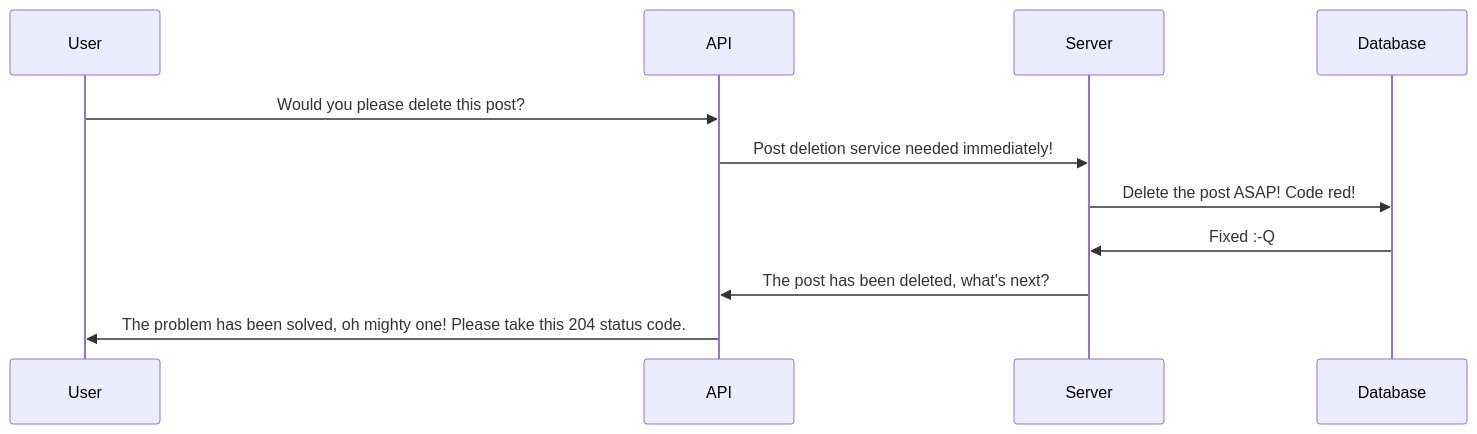
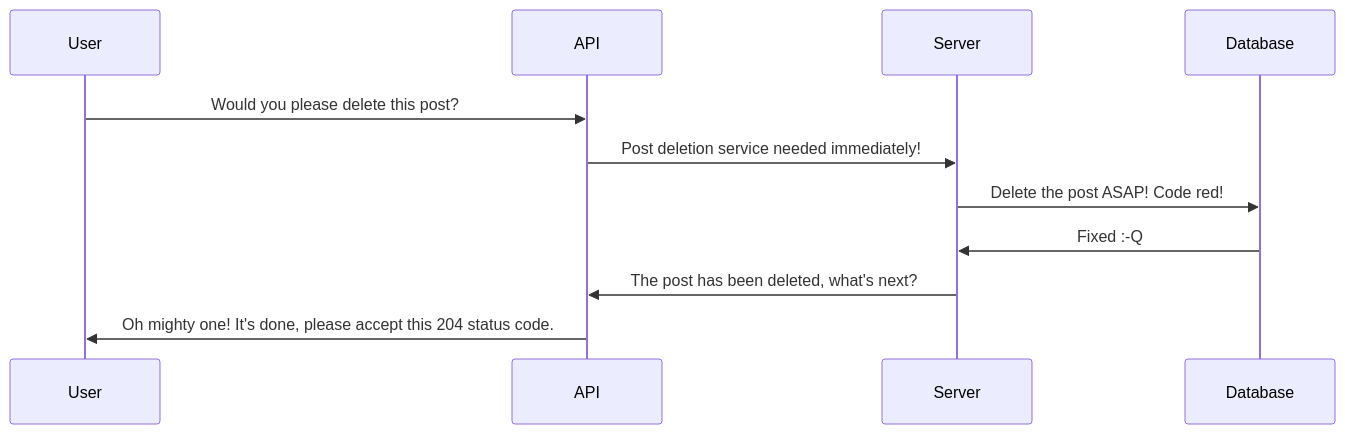
One commit to holohup/yatube_api_en changed the diagram in README.md. Above: the diagram before and after it, drawn with Mermaid. The commit also changed other lines of this file, not shown here.

````diff
--- a/README.md
+++ b/README.md
@@ -22,10 +29,10 @@
 ```mermaid
 
 sequenceDiagram
 User ->> API: Would you please delete this post?
 API ->> Server: Post deletion service needed immediately!
 Server ->> Database: Delete the post ASAP! Code red!
 Database ->> Server: Fixed :-Q
 Server ->> API: The post has been deleted, what's next?
-API ->> User: The problem has been solved, oh mighty one! Please take this 204 status code.
+API ->> User: Oh mighty one! It's done, please accept this 204 status code.
 ```
````
